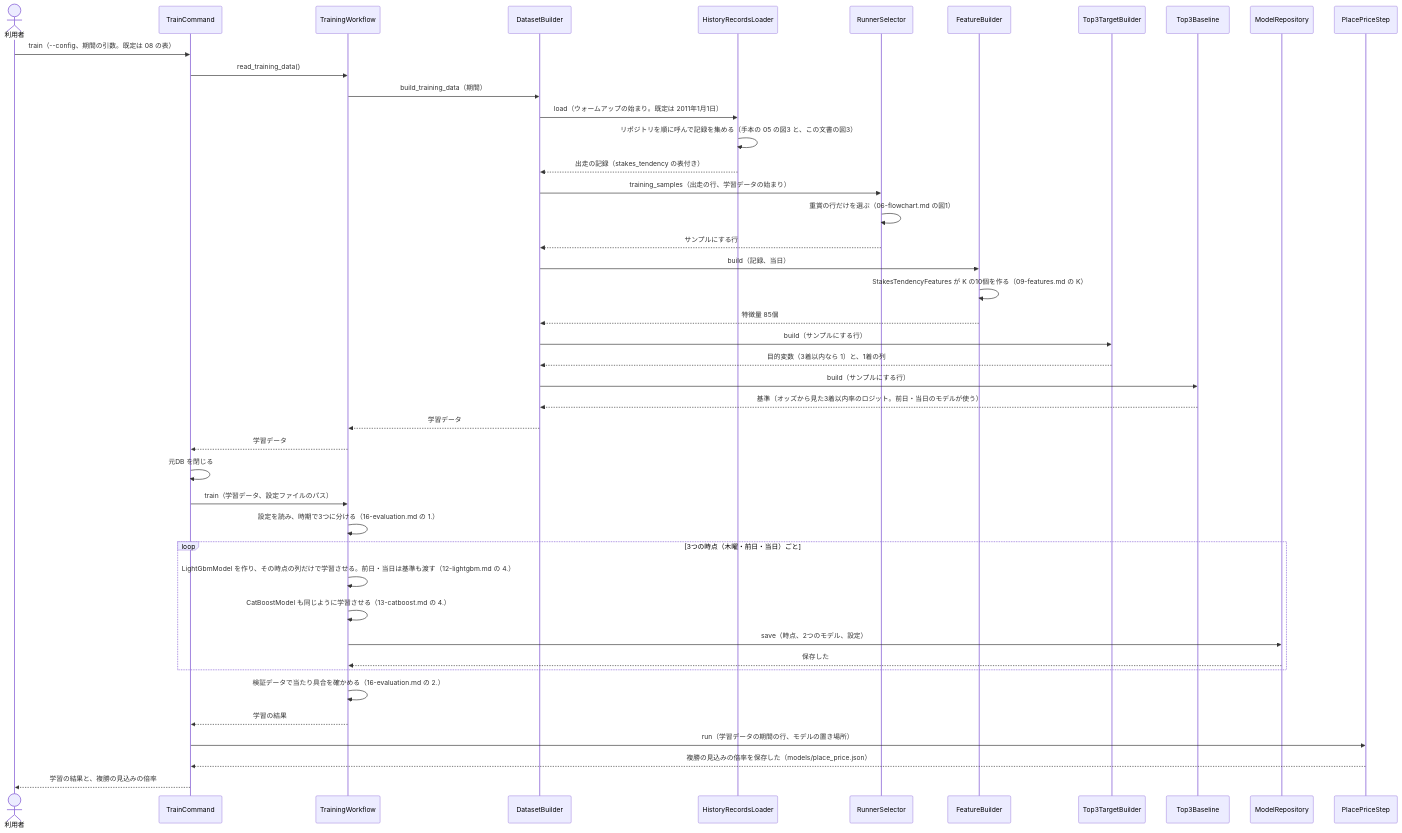
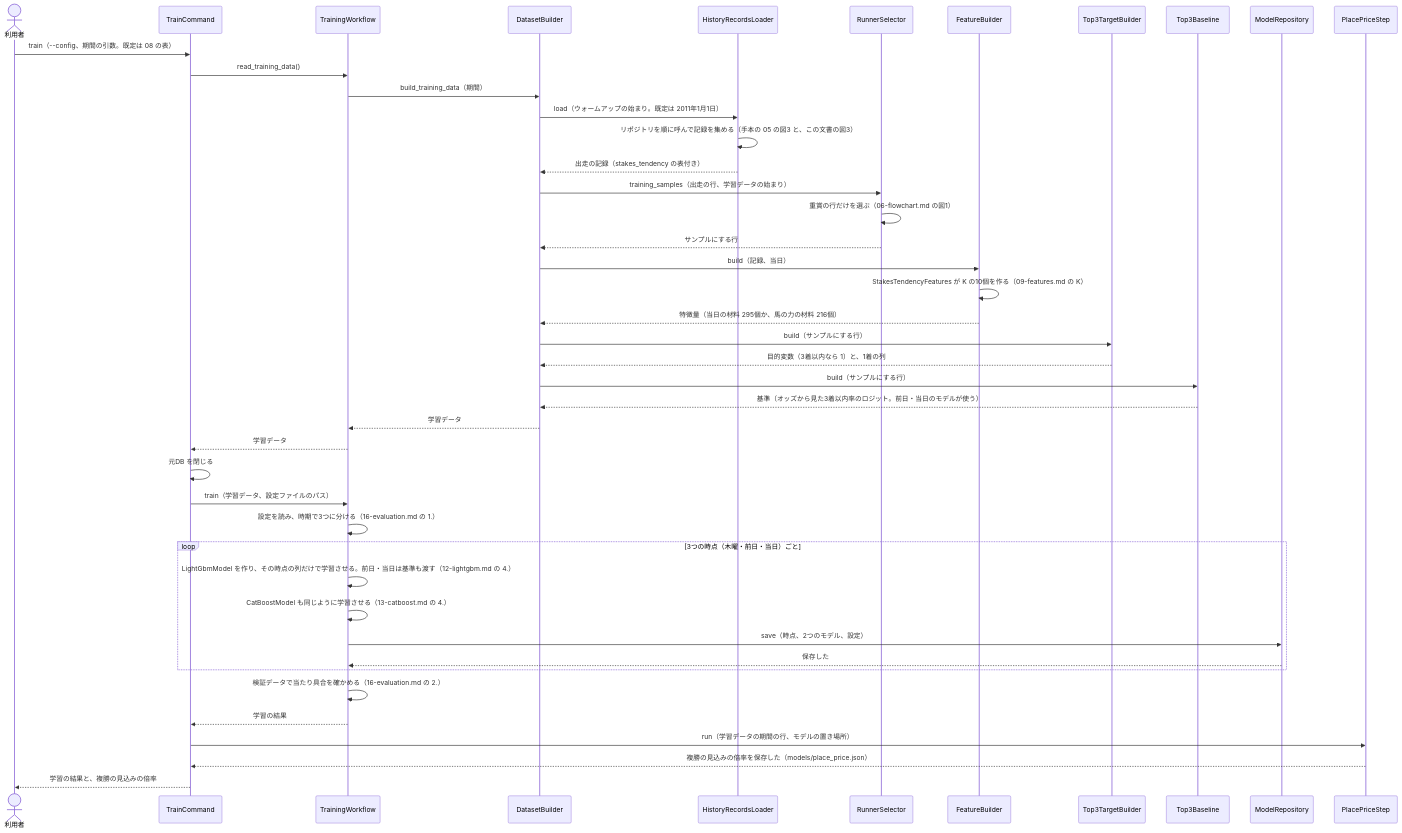
One commit to ht-0328/keiba-yosou changed the first of 3 diagrams in docs/design/重賞の傾向と近走から3着以内を予想/05-sequence.md. Above: the diagram before and after it, drawn with Mermaid. The commit also changed other lines of this file and 30 other files, not shown here.

````diff
--- a/docs/design/重賞の傾向と近走から3着以内を予想/05-sequence.md
+++ b/docs/design/重賞の傾向と近走から3着以内を予想/05-sequence.md
@@ -13,46 +13,46 @@
 ```mermaid
 sequenceDiagram
     actor U as 利用者
     participant C as TrainCommand
     participant W as TrainingWorkflow
     participant D as DatasetBuilder
     participant L as HistoryRecordsLoader
     participant RS as RunnerSelector
     participant F as FeatureBuilder
     participant T as Top3TargetBuilder
     participant B as Top3Baseline
     participant MR as ModelRepository
     participant PP as PlacePriceStep
     U->>C: train（--config、期間の引数。既定は 08 の表）
     C->>W: read_training_data()
     W->>D: build_training_data（期間）
     D->>L: load（ウォームアップの始まり。既定は 2011年1月1日）
     L->>L: リポジトリを順に呼んで記録を集める（手本の 05 の図3 と、この文書の図3）
     L-->>D: 出走の記録（stakes_tendency の表付き）
     D->>RS: training_samples（出走の行、学習データの始まり）
     RS->>RS: 重賞の行だけを選ぶ（06-flowchart.md の図1）
     RS-->>D: サンプルにする行
     D->>F: build（記録、当日）
     F->>F: StakesTendencyFeatures が K の10個を作る（09-features.md の K）
-    F-->>D: 特徴量 85個
+    F-->>D: 特徴量（当日の材料 295個か、馬の力の材料 216個）
     D->>T: build（サンプルにする行）
     T-->>D: 目的変数（3着以内なら 1）と、1着の列
     D->>B: build（サンプルにする行）
     B-->>D: 基準（オッズから見た3着以内率のロジット。前日・当日のモデルが使う）
     D-->>W: 学習データ
     W-->>C: 学習データ
     C->>C: 元DB を閉じる
     C->>W: train（学習データ、設定ファイルのパス）
     W->>W: 設定を読み、時期で3つに分ける（16-evaluation.md の 1.）
     loop 3つの時点（木曜・前日・当日）ごと
         W->>W: LightGbmModel を作り、その時点の列だけで学習させる。前日・当日は基準も渡す（12-lightgbm.md の 4.）
         W->>W: CatBoostModel も同じように学習させる（13-catboost.md の 4.）
         W->>MR: save（時点、2つのモデル、設定）
         MR-->>W: 保存した
     end
     W->>W: 検証データで当たり具合を確かめる（16-evaluation.md の 2.）
     W-->>C: 学習の結果
     C->>PP: run（学習データの期間の行、モデルの置き場所）
     PP-->>C: 複勝の見込みの倍率を保存した（models/place_price.json）
     C-->>U: 学習の結果と、複勝の見込みの倍率
 ```
````
